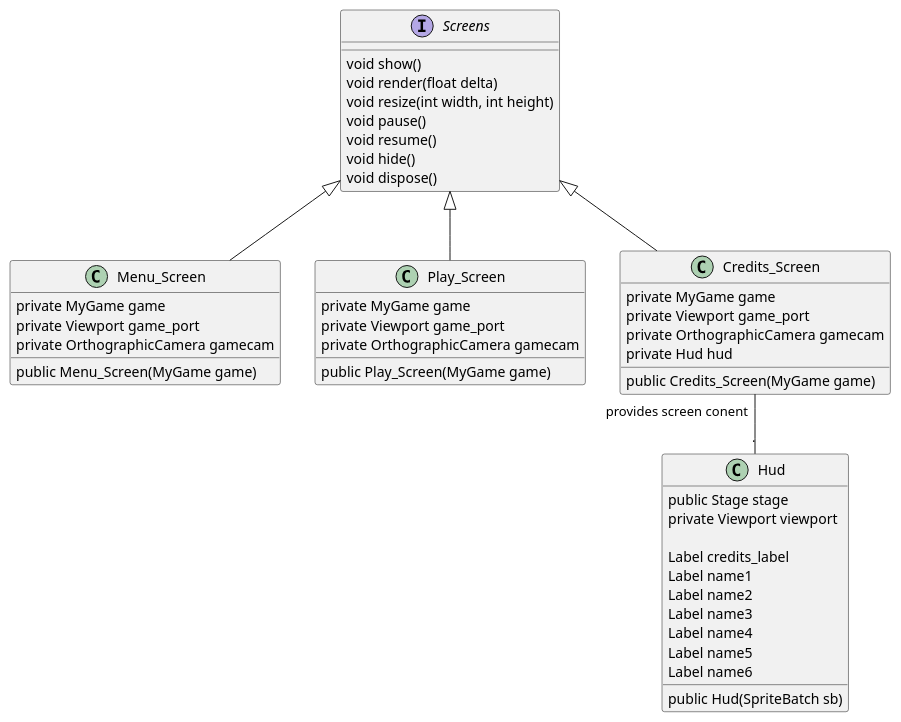
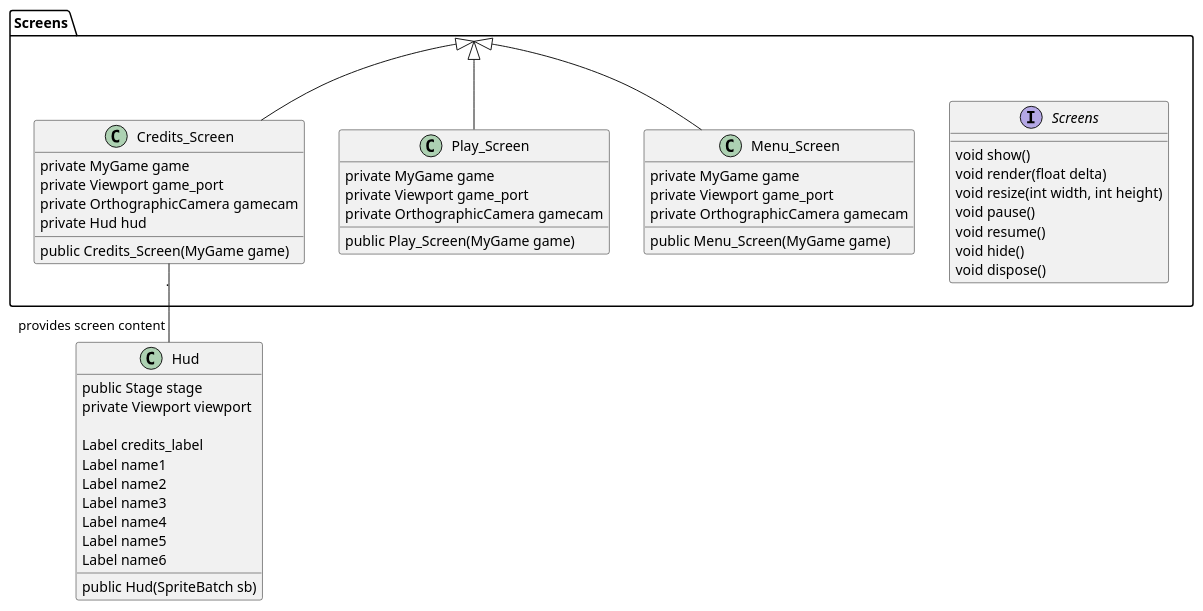
One commit to Runtime-Terrors-Team-5/UML-Diagrams changed the diagram in Architecture Diagrams/Class Diagrams/Screens_package.puml. Above: the diagram before and after it, drawn with PlantUML.

Commit message:
class syntax

```diff
--- a/Architecture Diagrams/Class Diagrams/Screens_package.puml
+++ b/Architecture Diagrams/Class Diagrams/Screens_package.puml
@@ -1,58 +1,59 @@
 @startuml
+package Screens{
 interface Screens{
     void show()
     void render(float delta)
     void resize(int width, int height)
     void pause()
     void resume()
     void hide()
     void dispose()
 }
 class Menu_Screen{
     private MyGame game
     private Viewport game_port
     private OrthographicCamera gamecam
 
     public Menu_Screen(MyGame game)
 
 }
 class Play_Screen{
      private MyGame game
      private Viewport game_port
      private OrthographicCamera gamecam
     public Play_Screen(MyGame game)
 }
 
 class Credits_Screen{
     private MyGame game
     private Viewport game_port
     private OrthographicCamera gamecam
     private Hud hud
     public Credits_Screen(MyGame game)
 }
-
+}
 class Hud {
     public Stage stage
     private Viewport viewport
 
     Label credits_label
     Label name1
     Label name2
     Label name3
     Label name4
     Label name5
     Label name6
 
     public Hud(SpriteBatch sb)
 }
 
 
-Credits_Screen "provides screen conent" -- "." Hud
+Credits_Screen "." -- "provides screen content" Hud
 
 Screens <|-- Credits_Screen
 Screens <|-- Menu_Screen
 Screens <|-- Play_Screen
 
 
 
 @enduml
```
